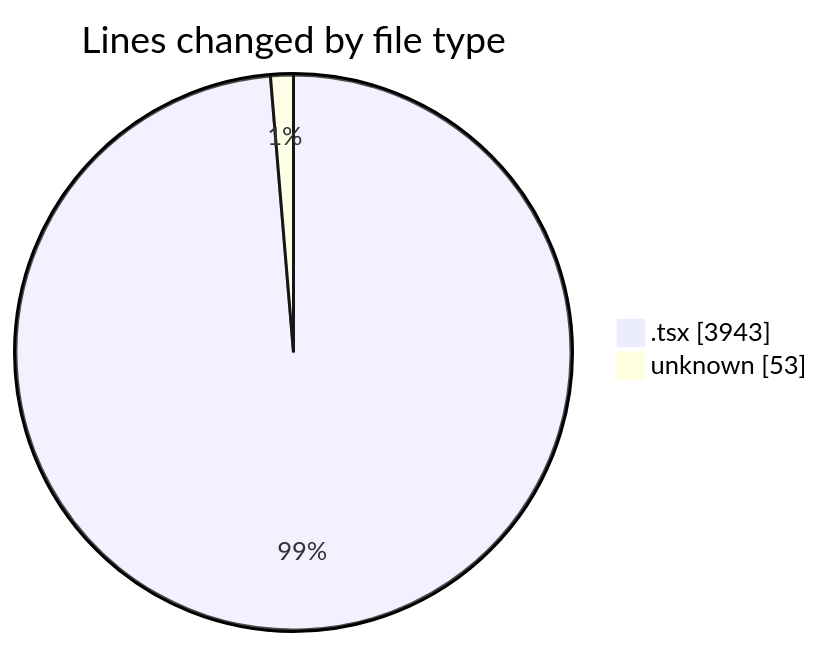
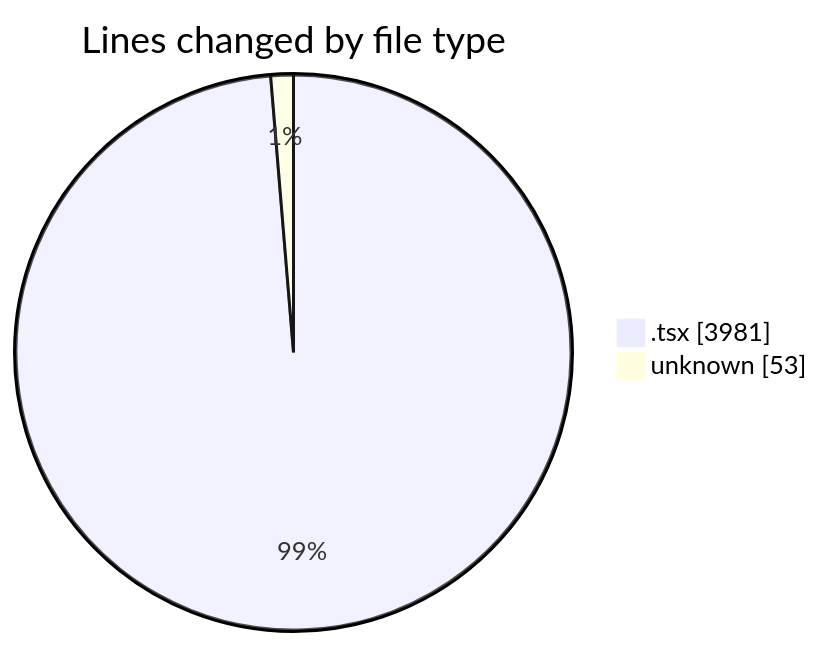
Before and after one commit to JenPaints/code-tracking: the first of 2 diagrams in 2025-05-29/kimberly-groups/README.md, drawn with Mermaid. The commit also changed other lines of this file and 1 other file, not shown here.

````diff
--- a/2025-05-29/kimberly-groups/README.md
+++ b/2025-05-29/kimberly-groups/README.md
@@ -28,6 +28,6 @@
 ```mermaid
 pie showData
 title Lines changed by file type
-".tsx" : 3943
+".tsx" : 3981
 "unknown" : 53
 ```
````
